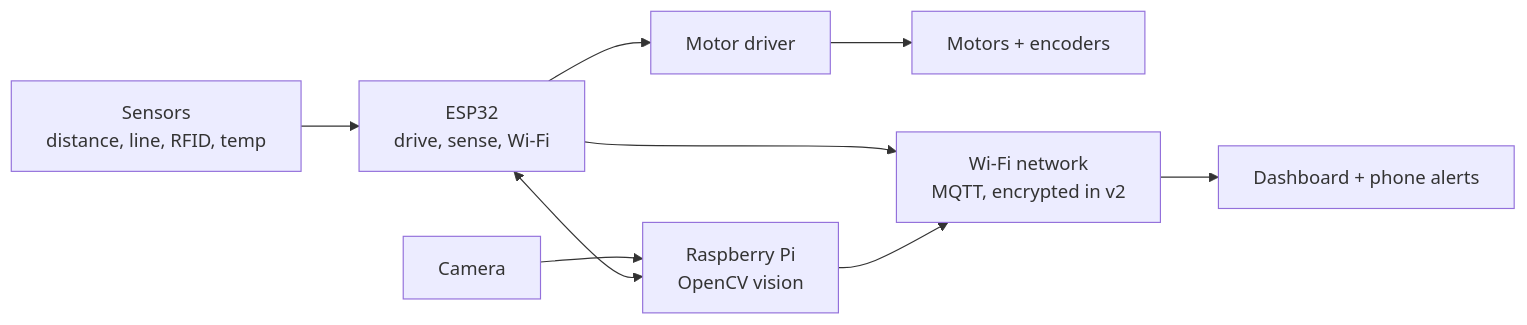
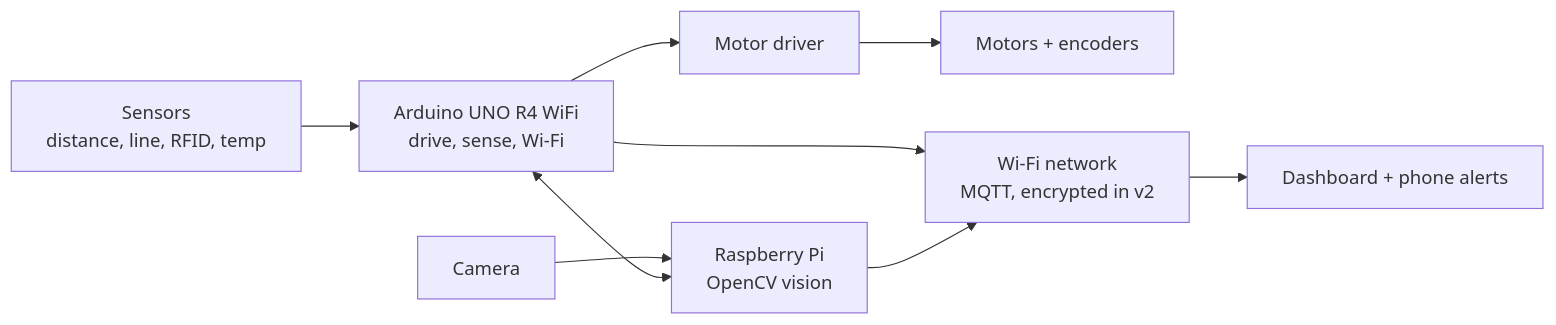
One commit to SheCodeBugg/inspection-rover changed the diagram in README.md. Above: the diagram before and after it, drawn with Mermaid. The commit also changed other lines of this file and 14 other files, not shown here.

First line of the commit message:
Switch firmware to Arduino UNO R4 WiFi, add part test programs and Stage 1 pin map

````diff
--- a/README.md
+++ b/README.md
@@ -21,10 +21,10 @@
 ```mermaid
 flowchart LR
-    S[Sensors<br/>distance, line, RFID, temp] --> E[ESP32<br/>drive, sense, Wi-Fi]
+    S[Sensors<br/>distance, line, RFID, temp] --> E[Arduino UNO R4 WiFi<br/>drive, sense, Wi-Fi]
     C[Camera] --> P[Raspberry Pi<br/>OpenCV vision]
     E <--> P
     E --> M[Motor driver] --> W[Motors + encoders]
     E --> N[Wi-Fi network<br/>MQTT, encrypted in v2]
     P --> N
     N --> D[Dashboard + phone alerts]
 ```
````
